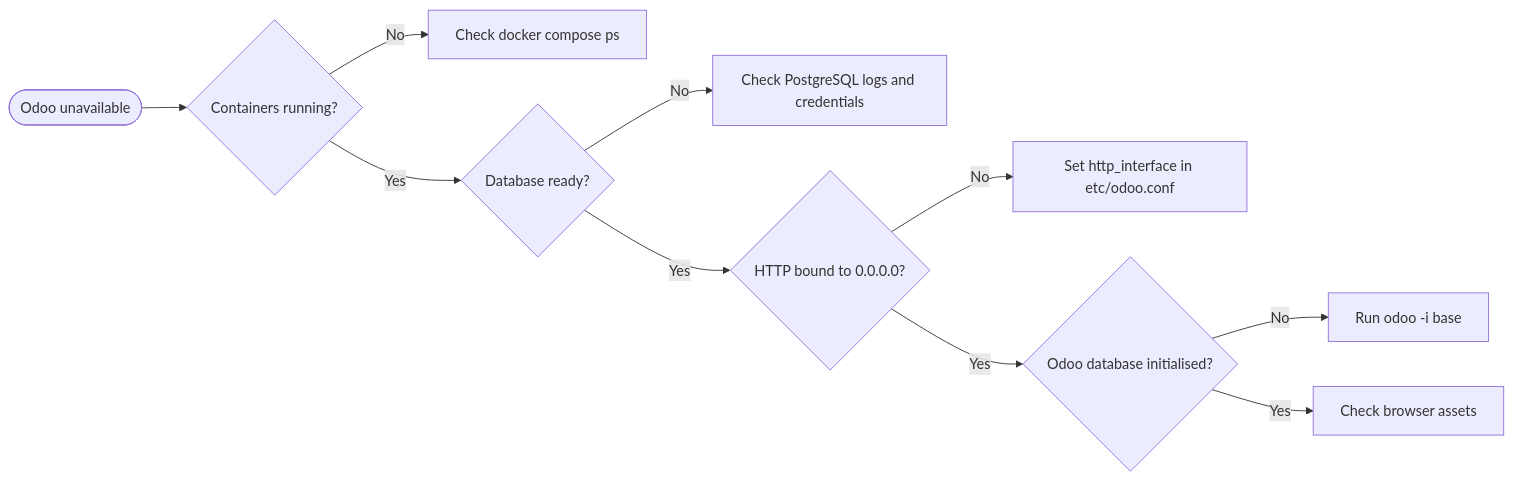
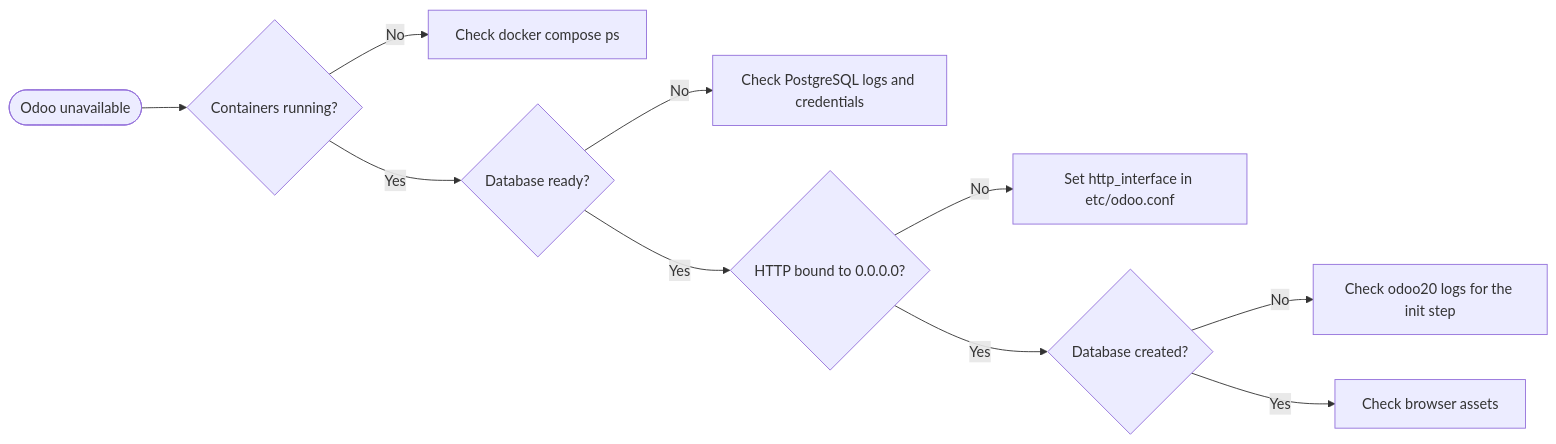
One commit to abdalazeim/InstallingOdoo20-Docker-Deployment changed the third of 3 diagrams in README.md. Above: the diagram before and after it, drawn with Mermaid. The commit also changed other lines of this file and 1 other file, not shown here.

Commit message:
docs: document the zero-step install and auto database creation

````diff
--- a/README.md
+++ b/README.md
@@ -394,12 +401,12 @@
 ```mermaid
 flowchart LR
     A([Odoo unavailable]) --> B{Containers running?}
     B -->|No| C[Check docker compose ps]
     B -->|Yes| D{Database ready?}
     D -->|No| E[Check PostgreSQL logs and credentials]
     D -->|Yes| F{HTTP bound to 0.0.0.0?}
     F -->|No| G[Set http_interface in etc/odoo.conf]
-    F -->|Yes| H{Odoo database initialised?}
-    H -->|No| I[Run odoo -i base]
+    F -->|Yes| H{Database created?}
+    H -->|No| I[Check odoo20 logs for the init step]
     H -->|Yes| J[Check browser assets]
 ```
````
